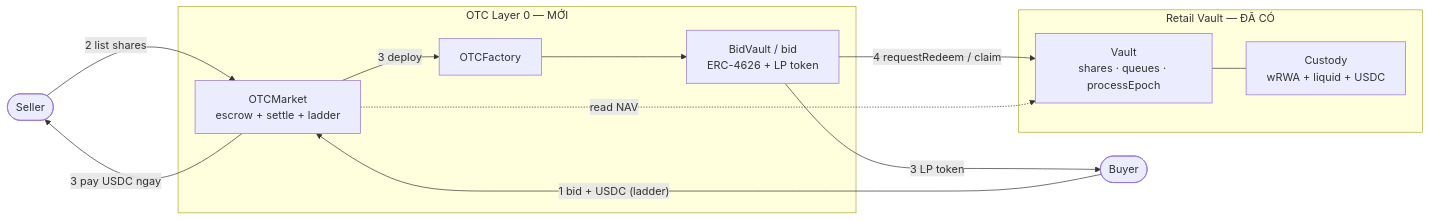
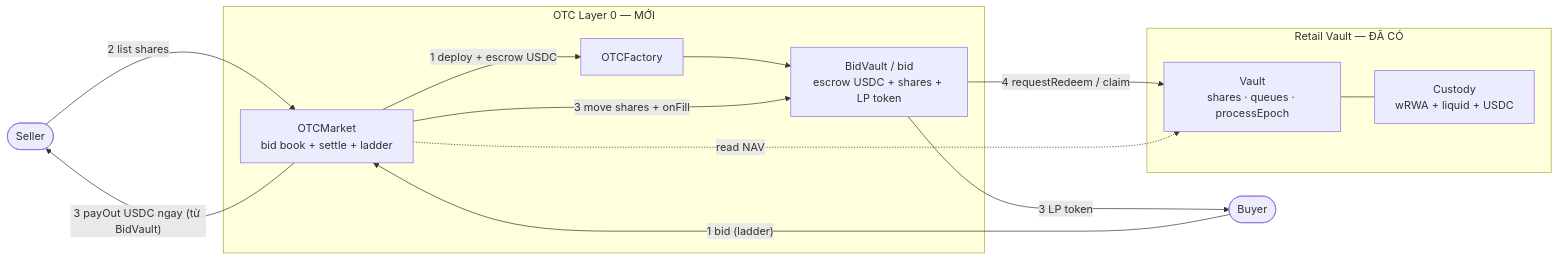
Before and after one commit to jesse-nhatcl/retail-vault-v1: the second of 2 diagrams in docs/07-otc-early-exit-alt1-1a.md, drawn with Mermaid. The commit also changed other lines of this file and 7 other files, not shown here.

Commit message:
docs: per-bid OTC design docs, diagrams, README

````diff
--- a/docs/07-otc-early-exit-alt1-1a.md
+++ b/docs/07-otc-early-exit-alt1-1a.md
@@ -284,22 +285,23 @@
 ```mermaid
 graph LR
     Seller([Seller])
     Buyer([Buyer])
     subgraph NEW["OTC Layer 0 — MỚI"]
-        M[OTCMarket<br/>escrow + settle + ladder]
+        M[OTCMarket<br/>bid book + settle + ladder]
         F[OTCFactory]
-        BV[BidVault / bid<br/>ERC-4626 + LP token]
+        BV[BidVault / bid<br/>escrow USDC + shares + LP token]
     end
     subgraph CORE["Retail Vault — ĐÃ CÓ"]
         V[Vault<br/>shares · queues · processEpoch]
         C[Custody<br/>wRWA + liquid + USDC]
     end
-    Buyer -->|"1 bid + USDC (ladder)"| M
+    Buyer -->|"1 bid (ladder)"| M
+    M -->|"1 deploy + escrow USDC"| F --> BV
     Seller -->|"2 list shares"| M
-    M -->|"3 deploy"| F --> BV
-    M -->|"3 pay USDC ngay"| Seller
+    M -->|"3 payOut USDC ngay (từ BidVault)"| Seller
+    M -->|"3 move shares + onFill"| BV
     BV -->|"3 LP token"| Buyer
     BV -->|"4 requestRedeem / claim"| V
     M -. read NAV .-> V
     V --- C
 ```
````
